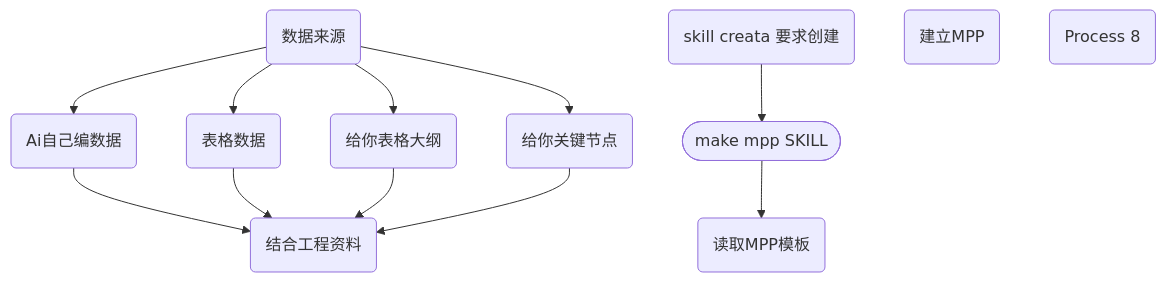
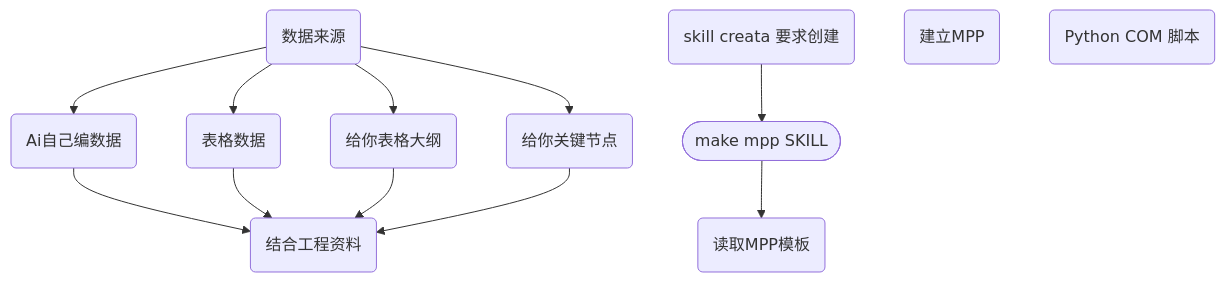
The diagram in notes/进度MMP skill (local)_289c8ca6-dc65-4f5d-8e6f-773a3c6cc0dc.md (fireflysss/mermaid-notes), drawn with Mermaid before and after one commit. The commit also changed 3 other files, not shown here.

Commit message:
Sync Mermaid Studio data (11 diagrams)

````diff
--- a/notes/进度MMP skill (local)_289c8ca6-dc65-4f5d-8e6f-773a3c6cc0dc.md
+++ b/notes/进度MMP skill (local)_289c8ca6-dc65-4f5d-8e6f-773a3c6cc0dc.md
@@ -3,25 +3,25 @@
 ```mermaid
 flowchart TD
   n_0(["make mpp SKILL"])
   n_1("数据来源")
   n_2("skill  creata 要求创建")
   n_3("Ai自己编数据")
   n_4("表格数据")
   n_5("建立MPP")
   n_6("读取MPP模板")
-  n_7("Process 8")
+  n_7("Python COM 脚本")
   n_8("给你表格大纲")
   n_9("给你关键节点")
   n_10("结合工程资料")
   n_2 --> n_0
   n_0 --> n_6
   n_1 --> n_3
   n_1 --> n_4
   n_1 --> n_8
   n_1 --> n_9
   n_3 --> n_10
   n_4 --> n_10
   n_8 --> n_10
   n_9 --> n_10
 
 ```
````
